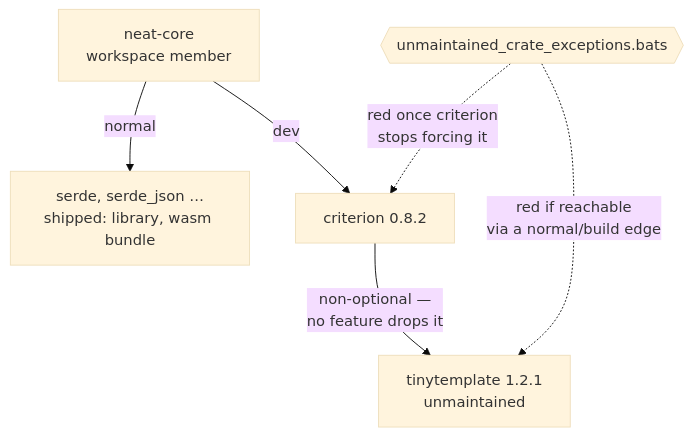
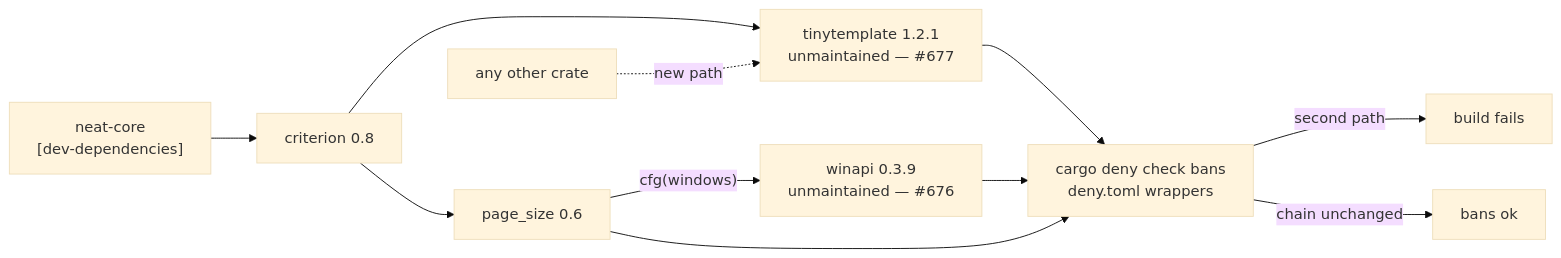
Before and after one commit to stSoftwareAU/NEAT-AI-core: the diagram in docs/archive/pr-summaries/pr-summary-677.md, drawn with Mermaid (base theme). The commit also changed other lines of this file, not shown here.

First line of the commit message:
docs: PR summary for the tinytemplate containment (Issue #677)

````diff
--- a/docs/archive/pr-summaries/pr-summary-677.md
+++ b/docs/archive/pr-summaries/pr-summary-677.md
@@ -53,8 +83,13 @@
 ```mermaid
-flowchart TD
-    W["neat-core<br/>workspace member"] -->|normal| S["serde, serde_json …<br/>shipped: library, wasm bundle"]
-    W -->|dev| C["criterion 0.8.2"]
-    C -->|"non-optional —<br/>no feature drops it"| T["tinytemplate 1.2.1<br/>unmaintained"]
-    G{{"unmaintained_crate_exceptions.bats"}} -.->|"red if reachable<br/>via a normal/build edge"| T
-    G -.->|"red once criterion<br/>stops forcing it"| C
+flowchart LR
+    Core["neat-core<br/>[dev-dependencies]"] --> Crit[criterion 0.8]
+    Crit --> PS[page_size 0.6]
+    PS -->|"cfg(windows)"| Win["winapi 0.3.9<br/>unmaintained — #676"]
+    Crit --> TT["tinytemplate 1.2.1<br/>unmaintained — #677"]
+    Other["any other crate"] -.->|new path| TT
+    TT --> Bans["cargo deny check bans<br/>deny.toml wrappers"]
+    Win --> Bans
+    PS --> Bans
+    Bans -->|second path| Fail["build fails"]
+    Bans -->|chain unchanged| Pass[bans ok]
 ```
````
